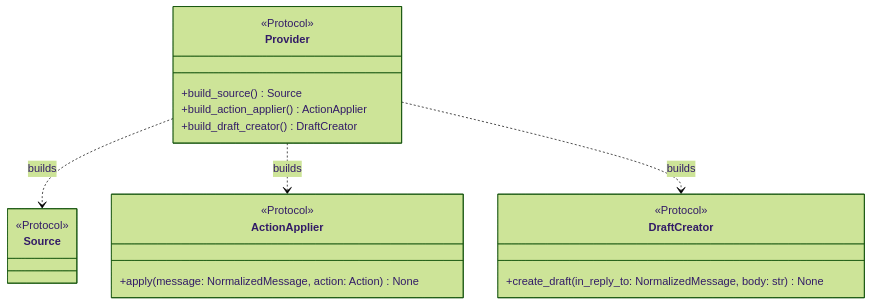
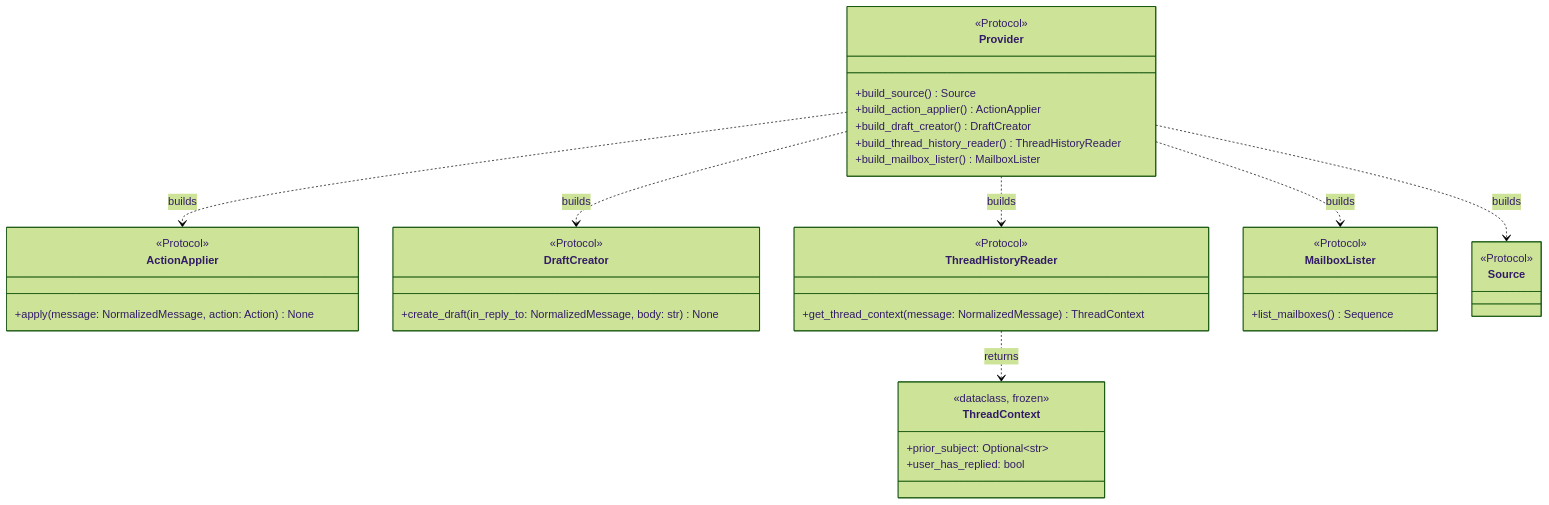
One commit to Stainless5166/friendly-octo-spork changed the fifth of 34 diagrams in docs/DESIGN.md. Above: the diagram before and after it, drawn with Mermaid (forest theme). The commit also changed other lines of this file, not shown here.

First line of the commit message:
Design: wire Tier 2 into the daemon loop via new Provider capability

````diff
--- a/docs/DESIGN.md
+++ b/docs/DESIGN.md
@@ -586,22 +610,40 @@
 ```mermaid
 classDiagram
     class ActionApplier {
         <<Protocol>>
         +apply(message: NormalizedMessage, action: Action) None
     }
     class DraftCreator {
         <<Protocol>>
         +create_draft(in_reply_to: NormalizedMessage, body: str) None
     }
+    class ThreadContext {
+        <<dataclass, frozen>>
+        +prior_subject: Optional~str~
+        +user_has_replied: bool
+    }
+    class ThreadHistoryReader {
+        <<Protocol>>
+        +get_thread_context(message: NormalizedMessage) ThreadContext
+    }
+    class MailboxLister {
+        <<Protocol>>
+        +list_mailboxes() Sequence
+    }
     class Provider {
         <<Protocol>>
         +build_source() Source
         +build_action_applier() ActionApplier
         +build_draft_creator() DraftCreator
+        +build_thread_history_reader() ThreadHistoryReader
+        +build_mailbox_lister() MailboxLister
     }
     class Source { <<Protocol>> }
 
     Provider ..> Source : builds
     Provider ..> ActionApplier : builds
     Provider ..> DraftCreator : builds
+    Provider ..> ThreadHistoryReader : builds
+    Provider ..> MailboxLister : builds
+    ThreadHistoryReader ..> ThreadContext : returns
 ```
````
